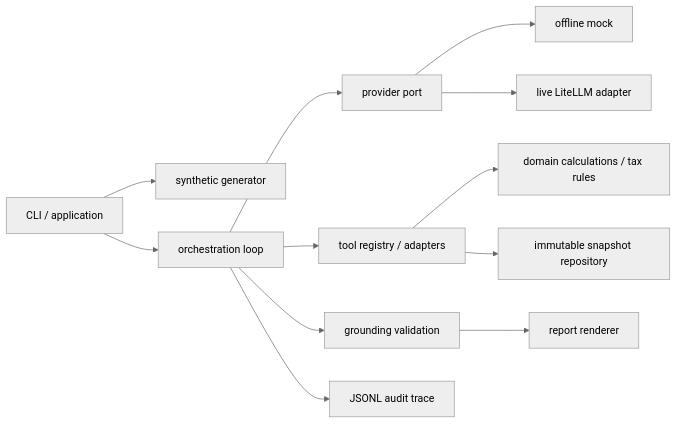
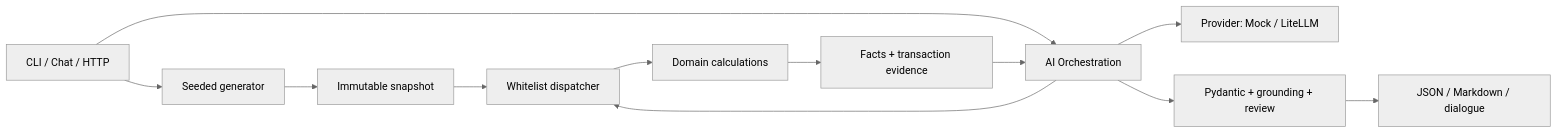
Before and after one commit to ramiltiteev/fintech_ai_project_test: the diagram in docs/architecture.md, drawn with Mermaid (neutral theme). The commit also changed other lines of this file and 55 other files, not shown here.

Commit message:
feat: add financial agent chat, HTTP API and LiteLLM Gateway

````diff
--- a/docs/architecture.md
+++ b/docs/architecture.md
@@ -5,14 +17,14 @@
 ```mermaid
 flowchart LR
-    CLI[CLI / application] --> G[synthetic generator]
-    CLI --> O[orchestration loop]
-    O --> P[provider port]
-    P --> M[offline mock]
-    P --> L[live LiteLLM adapter]
-    O --> T[tool registry / adapters]
-    T --> D[domain calculations / tax rules]
-    T --> S[immutable snapshot repository]
-    O --> V[grounding validation]
-    V --> R[report renderer]
-    O --> A[JSONL audit trace]
+    UI[CLI / Chat / HTTP] --> G[Seeded generator]
+    G --> S[Immutable snapshot]
+    UI --> A[AI Orchestration]
+    A --> P[Provider: Mock / LiteLLM]
+    A --> T[Whitelist dispatcher]
+    S --> T
+    T --> D[Domain calculations]
+    D --> F[Facts + transaction evidence]
+    F --> A
+    A --> V[Pydantic + grounding + review]
+    V --> R[JSON / Markdown / dialogue]
 ```
````
